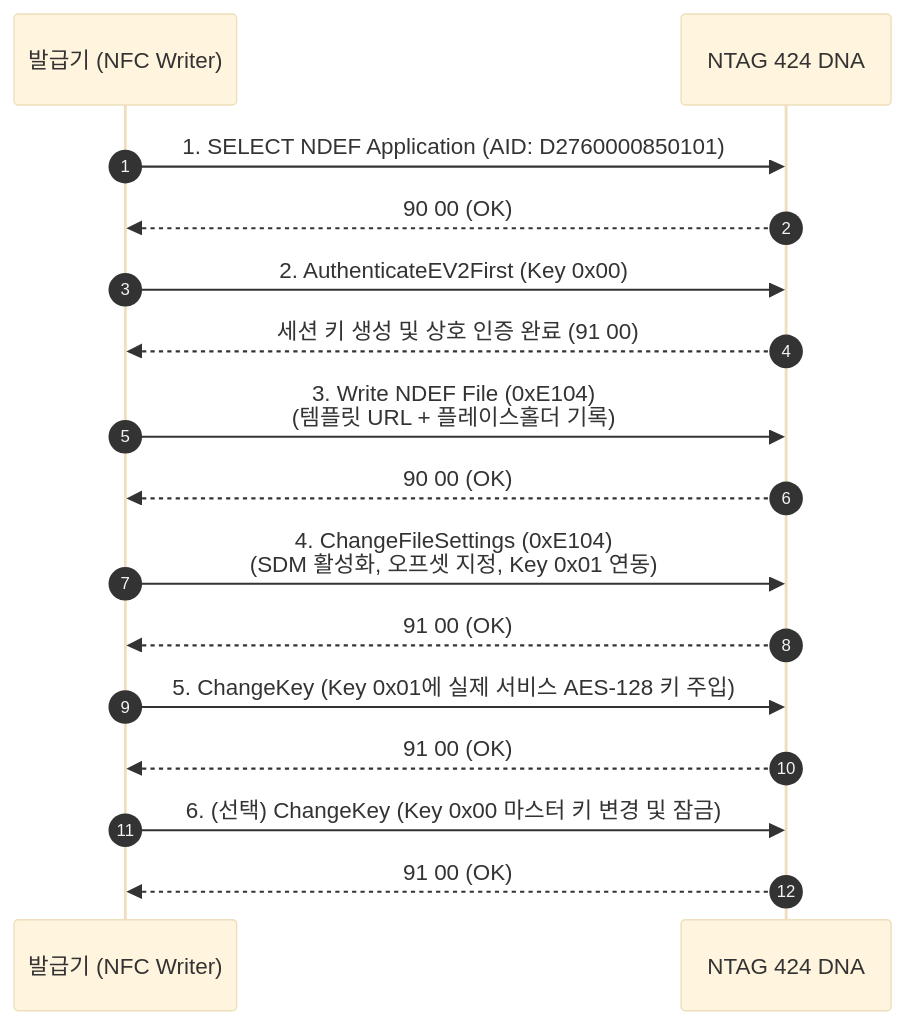
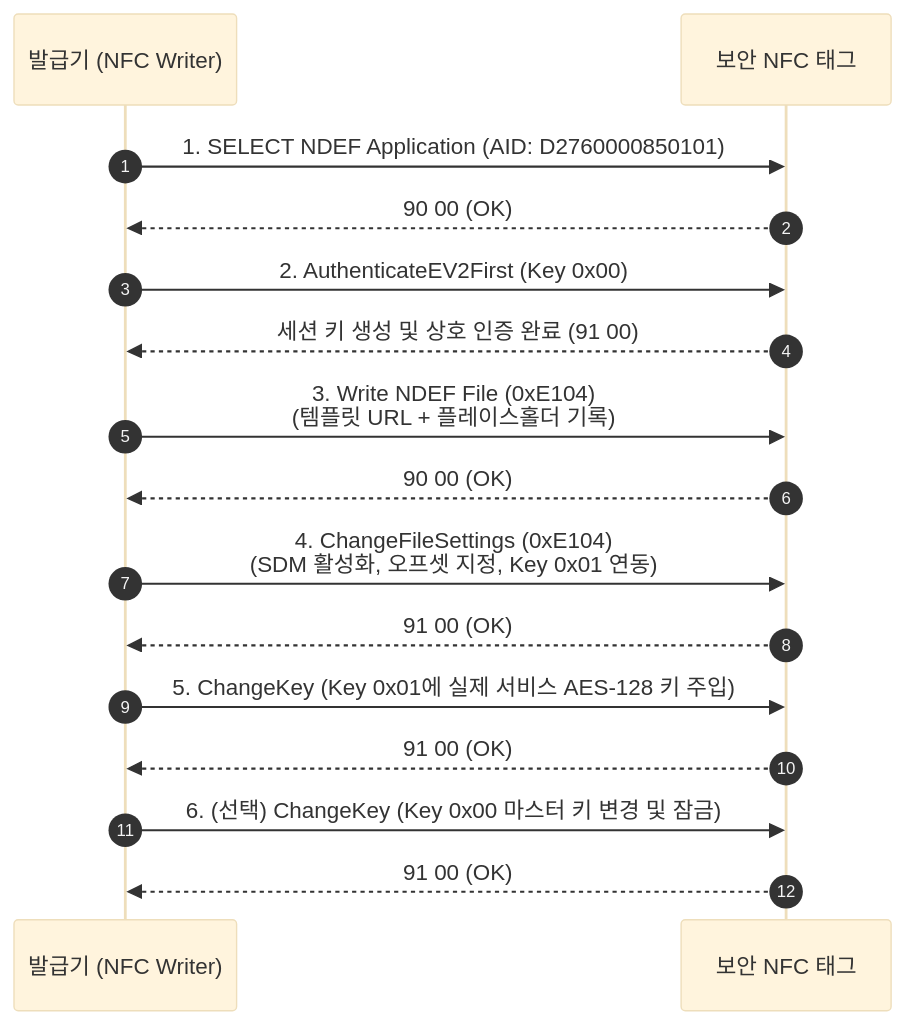
One commit to coolbong/nfcauthserver changed the diagram in docs/NFC_DEVELOPER_GUIDE.md. Above: the diagram before and after it, drawn with Mermaid (base theme). The commit also changed other lines of this file and 14 other files, not shown here.

Commit message:
refactor: remove brand references (NTAG, NXP, Orca) and standardize on NFC Authentication

````diff
--- a/docs/NFC_DEVELOPER_GUIDE.md
+++ b/docs/NFC_DEVELOPER_GUIDE.md
@@ -60,19 +60,19 @@
 ```mermaid
 sequenceDiagram
     autonumber
     participant Programmer as 발급기 (NFC Writer)
-    participant Tag as NTAG 424 DNA
+    participant Tag as 보안 NFC 태그
 
     Programmer->>Tag: 1. SELECT NDEF Application (AID: D2760000850101)
     Tag-->>Programmer: 90 00 (OK)
     Programmer->>Tag: 2. AuthenticateEV2First (Key 0x00)
     Tag-->>Programmer: 세션 키 생성 및 상호 인증 완료 (91 00)
     Programmer->>Tag: 3. Write NDEF File (0xE104)<br/>(템플릿 URL + 플레이스홀더 기록)
     Tag-->>Programmer: 90 00 (OK)
     Programmer->>Tag: 4. ChangeFileSettings (0xE104)<br/>(SDM 활성화, 오프셋 지정, Key 0x01 연동)
     Tag-->>Programmer: 91 00 (OK)
     Programmer->>Tag: 5. ChangeKey (Key 0x01에 실제 서비스 AES-128 키 주입)
     Tag-->>Programmer: 91 00 (OK)
     Programmer->>Tag: 6. (선택) ChangeKey (Key 0x00 마스터 키 변경 및 잠금)
     Tag-->>Programmer: 91 00 (OK)
 ```
````
